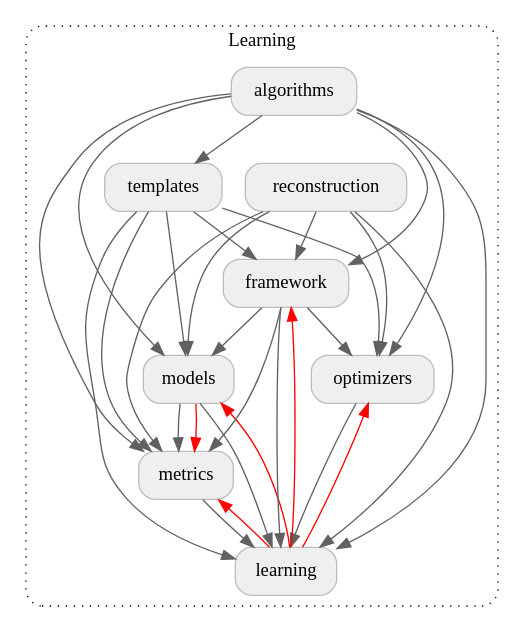
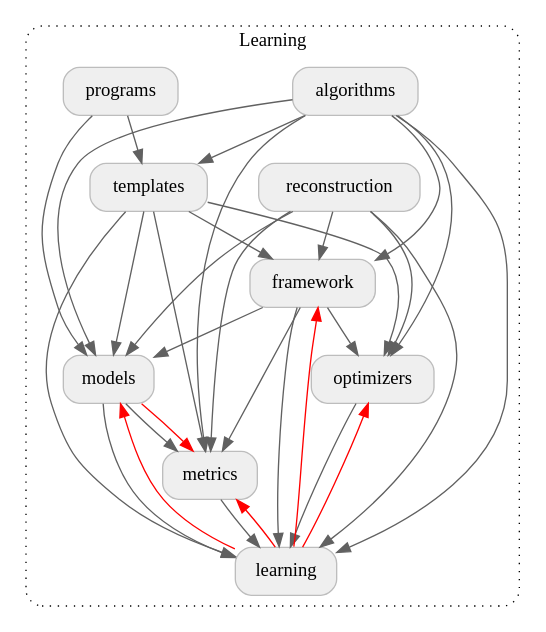
One commit to google-parfait/tensorflow-federated changed the diagram in docs/design/package_structure_learning.dot. Above: the diagram before and after it, drawn with Graphviz. The commit also changed 10 other files, not shown here.

Commit message:
Create the first `tff.learning` federated program logic based on `tff.program` APIs.

```diff
--- a/docs/design/package_structure_learning.dot
+++ b/docs/design/package_structure_learning.dot
@@ -1,50 +1,53 @@
 digraph {
   graph [style="dotted,rounded"]
   node [shape="box", style="rounded,filled", fillcolor="#efefef", color="#bdbdbd"]
   edge [color="#616161"]
 
   subgraph cluster_learning {
     graph [label="Learning", href="https://github.com/tensorflow/federated/blob/main/tensorflow_federated/python/learning" target="_parent"]
     reconstruction [label="reconstruction", href="https://github.com/tensorflow/federated/blob/main/tensorflow_federated/python/learning/reconstruction" target="_parent"]
     algorithms [label="algorithms", href="https://github.com/tensorflow/federated/blob/main/tensorflow_federated/python/learning/algorithms" target="_parent"]
+    programs [label="programs", href="https://github.com/tensorflow/federated/blob/main/tensorflow_federated/python/learning/programs" target="_parent"]
     templates [label="templates", href="https://github.com/tensorflow/federated/blob/main/tensorflow_federated/python/learning/templates" target="_parent"]
     optimizers [label="optimizers", href="https://github.com/tensorflow/federated/blob/main/tensorflow_federated/python/learning/optimizers" target="_parent"]
     models [label="models", href="https://github.com/tensorflow/federated/blob/main/tensorflow_federated/python/learning/models" target="_parent"]
     metrics [label="metrics", href="https://github.com/tensorflow/federated/blob/main/tensorflow_federated/python/learning/metrics" target="_parent"]
     framework [label="framework", href="https://github.com/tensorflow/federated/blob/main/tensorflow_federated/python/learning/framework" target="_parent"]
     learning [href="https://github.com/tensorflow/federated/blob/main/tensorflow_federated/python/learning" target="_parent"]
   }
 
+  programs -> templates
+  programs -> models
   algorithms -> templates
   algorithms -> metrics
   algorithms -> models
   algorithms -> optimizers
   algorithms -> framework
   algorithms -> learning
   templates -> optimizers
   templates -> metrics
   templates -> models
   templates -> framework
   templates -> learning
   reconstruction -> optimizers
   reconstruction -> metrics
   reconstruction -> models
   reconstruction -> framework
   reconstruction -> learning
   models -> metrics
   models -> learning
   framework -> optimizers
   framework -> learning
   framework -> metrics
   framework -> models
   optimizers -> learning
   metrics -> learning
 
   // TODO(b/151441025): This visibility is temporary and can be removed once the
   // circular dependencies between `learning` and its subpackages are removed.
   framework -> learning [dir=back, color="#ff0000"]
   optimizers -> learning [dir=back, color="#ff0000"]
   metrics -> learning [dir=back, color="#ff0000"]
   models -> learning [dir=back, color="#ff0000"]
   metrics -> models [dir=back, color="#ff0000"]
 }
```
